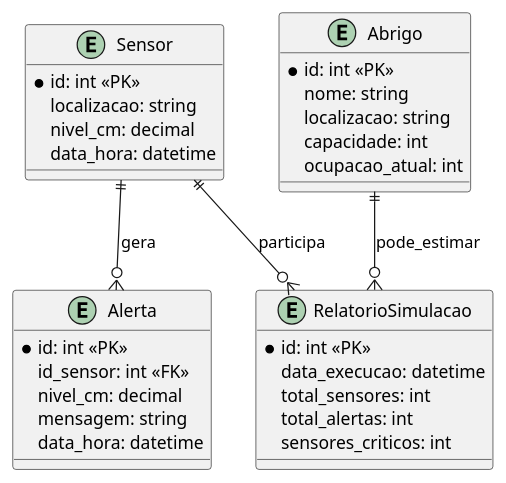
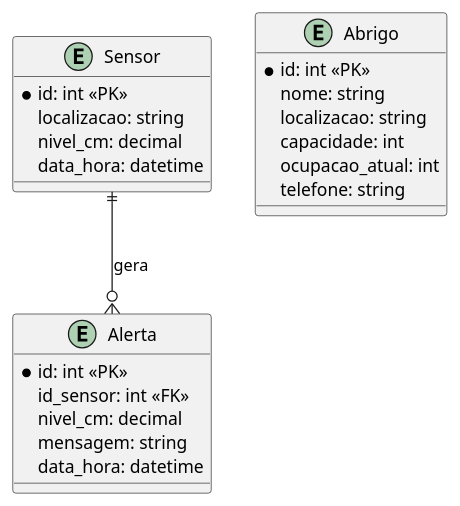
The diagram in db_model.puml (AlvesPedro1208/SafeRouter360), drawn with PlantUML before and after one commit. The commit also changed 14 other files, not shown here.

```diff
--- a/db_model.puml
+++ b/db_model.puml
@@ -1,38 +1,30 @@
 @startuml
 ' Modelo de Dados - SafeRoute360
 
 entity Sensor {
   *id: int <<PK>>
   localizacao: string
   nivel_cm: decimal
   data_hora: datetime
 }
 
 entity Alerta {
   *id: int <<PK>>
   id_sensor: int <<FK>>
   nivel_cm: decimal
   mensagem: string
   data_hora: datetime
 }
 
 entity Abrigo {
   *id: int <<PK>>
   nome: string
   localizacao: string
   capacidade: int
   ocupacao_atual: int
-}
-
-entity RelatorioSimulacao {
-  *id: int <<PK>>
-  data_execucao: datetime
-  total_sensores: int
-  total_alertas: int
-  sensores_criticos: int
+  telefone: string
 }
 
 Sensor ||--o{ Alerta : gera
-Sensor ||--o{ RelatorioSimulacao : participa
-Abrigo ||--o{ RelatorioSimulacao : pode_estimar
+
 @enduml
```
